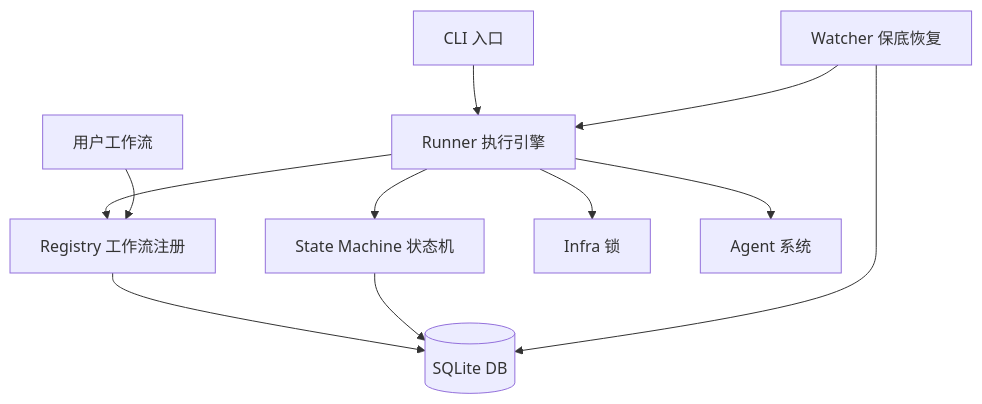
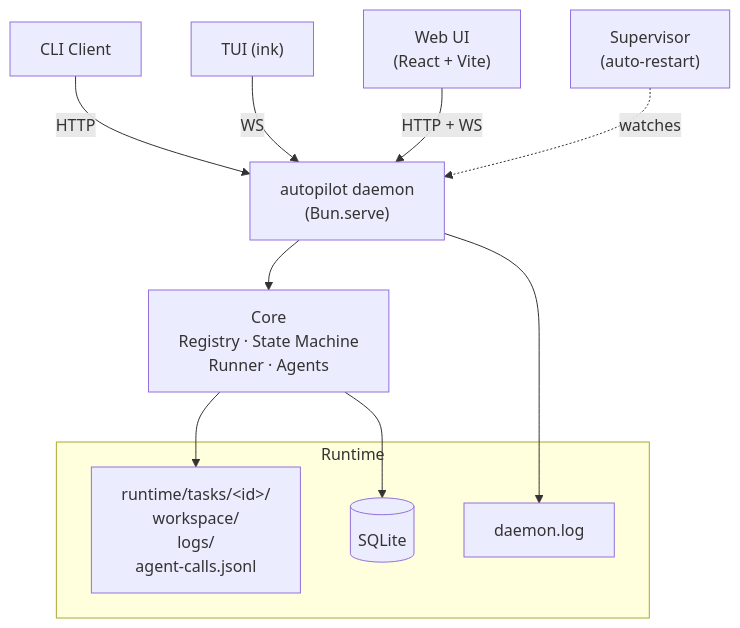
One commit to larrygogo/autopilot changed the diagram in README.md. Above: the diagram before and after it, drawn with Mermaid. The commit also changed other lines of this file, not shown here.

````diff
--- a/README.md
+++ b/README.md
@@ -115,13 +39,20 @@
 ```mermaid
 graph TB
-    CLI["CLI 入口"] --> Runner["Runner 执行引擎"]
-    Runner --> Registry["Registry 工作流注册"]
-    Runner --> SM["State Machine 状态机"]
-    Runner --> Infra["Infra 锁"]
-    Runner --> Agents["Agent 系统"]
-    Registry --> DB[("SQLite DB")]
-    SM --> DB
-    Watcher["Watcher 保底恢复"] --> Runner
-    Watcher --> DB
-    Workflows["用户工作流"] --> Registry
+    CLI["CLI Client"] --HTTP--> Daemon
+    TUI["TUI (ink)"] --WS--> Daemon
+    Web["Web UI<br/>(React + Vite)"] --HTTP + WS--> Daemon
+
+    Daemon["autopilot daemon<br/>(Bun.serve)"] --> Core
+    Core["Core<br/>Registry · State Machine<br/>Runner · Agents"] --> Workspaces
+
+    Supervisor["Supervisor<br/>(auto-restart)"] -.watches.-> Daemon
+
+    subgraph Runtime
+      Workspaces["runtime/tasks/&lt;id&gt;/<br/>workspace/<br/>logs/<br/>agent-calls.jsonl"]
+      DB[("SQLite")]
+      DaemonLog["daemon.log"]
+    end
+
+    Core --> DB
+    Daemon --> DaemonLog
 ```
````
